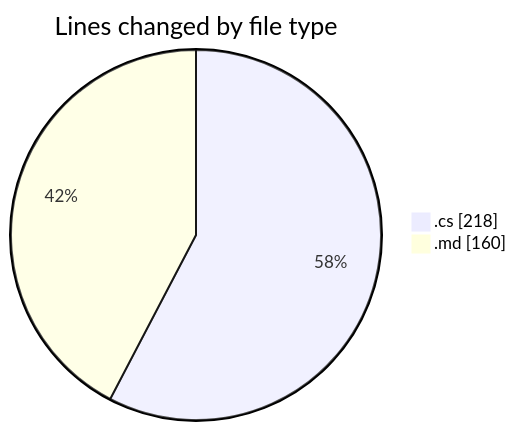
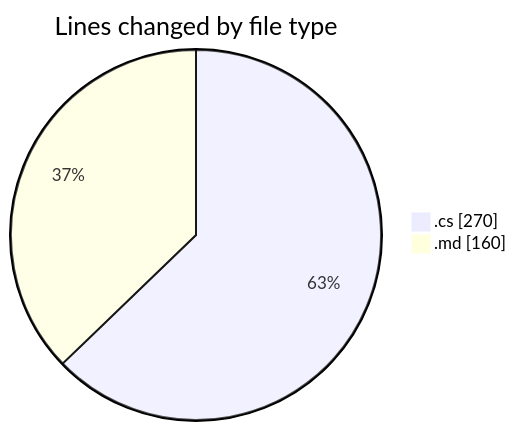
The first of 2 diagrams in 2024-12-30/leetcode/README.md (ernivani/code-tracking), drawn with Mermaid before and after one commit. The commit also changed other lines of this file and 3 other files, not shown here.

````diff
--- a/2024-12-30/leetcode/README.md
+++ b/2024-12-30/leetcode/README.md
@@ -24,6 +24,6 @@
 ```mermaid
 pie showData
 title Lines changed by file type
-".cs" : 218
+".cs" : 270
 ".md" : 160
 ```
````
